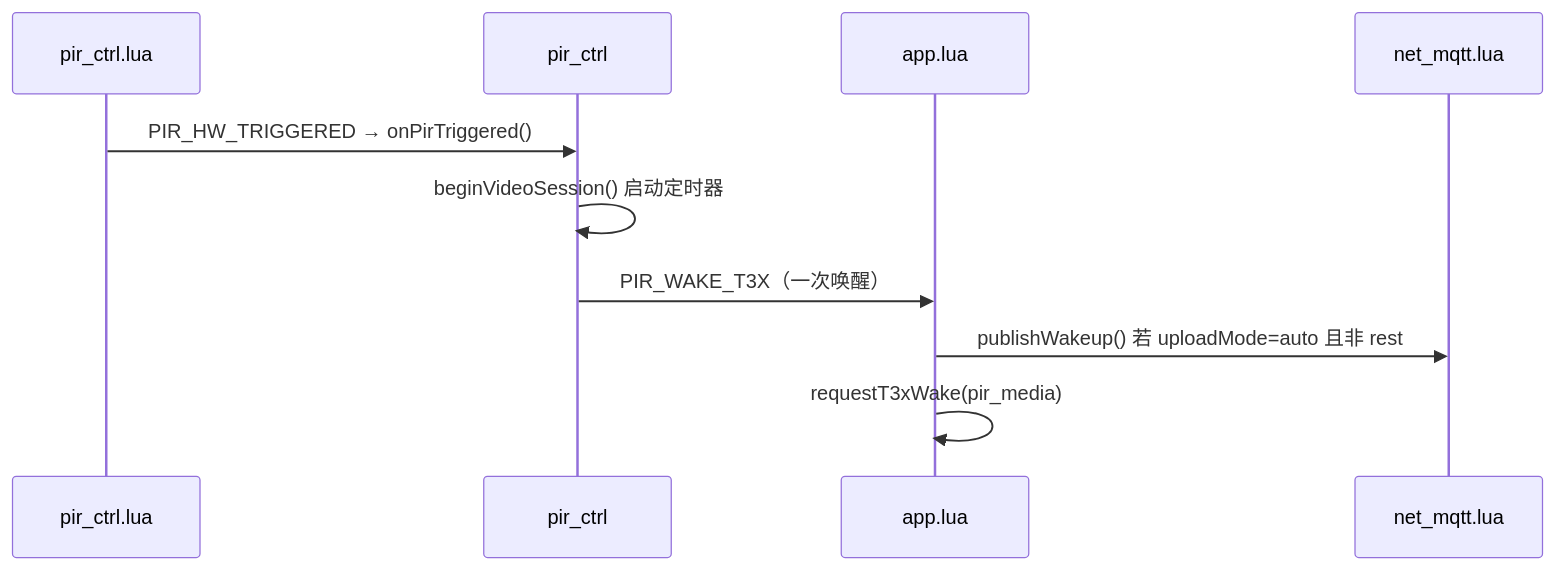
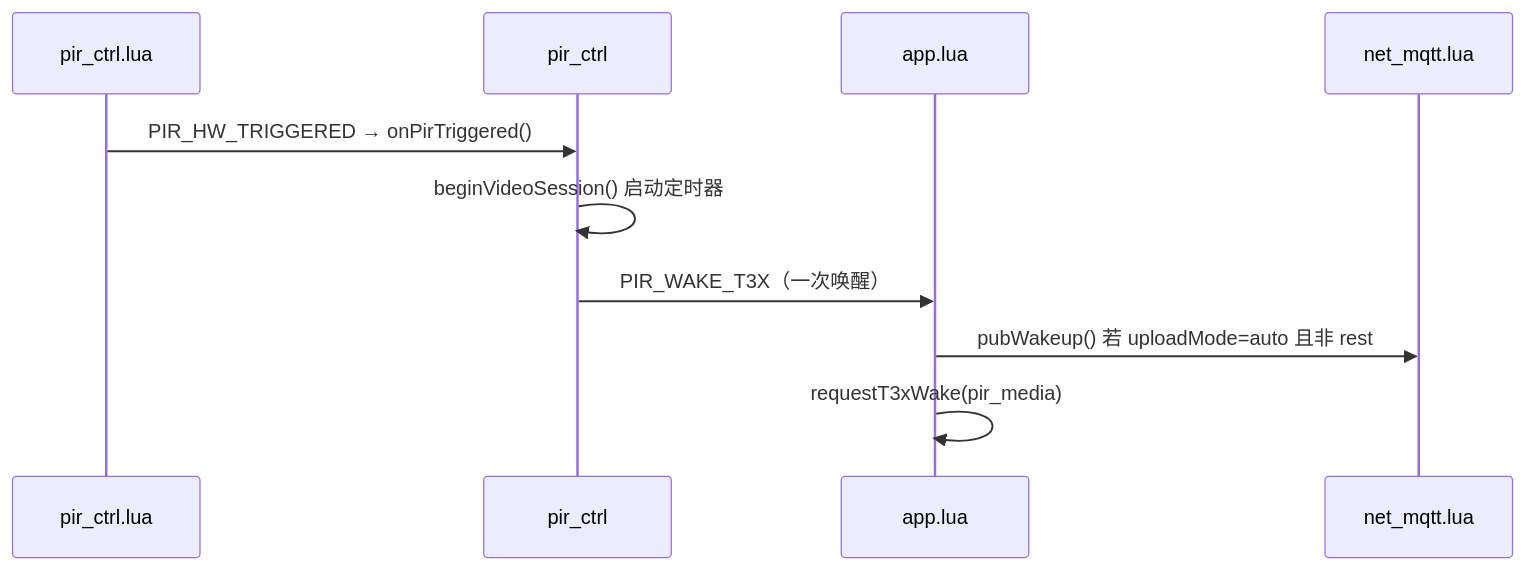
Before and after one commit to dzr1986/AIR780EHM: the fourth of 5 diagrams in doc/PIR_PROTOCOL.md, drawn with Mermaid. The commit also changed other lines of this file and 84 other files, not shown here.

````diff
--- a/doc/PIR_PROTOCOL.md
+++ b/doc/PIR_PROTOCOL.md
@@ -182,13 +182,13 @@
 ```mermaid
 sequenceDiagram
     participant PIR as pir_ctrl.lua
     participant CFG as pir_ctrl
     participant APP as app.lua
     participant NET as net_mqtt.lua
 
     PIR->>CFG: PIR_HW_TRIGGERED → onPirTriggered()
     CFG->>CFG: beginVideoSession() 启动定时器
     CFG->>APP: PIR_WAKE_T3X（一次唤醒）
-    APP->>NET: publishWakeup() 若 uploadMode=auto 且非 rest
+    APP->>NET: pubWakeup() 若 uploadMode=auto 且非 rest
     APP->>APP: requestT3xWake(pir_media)
 ```
````
